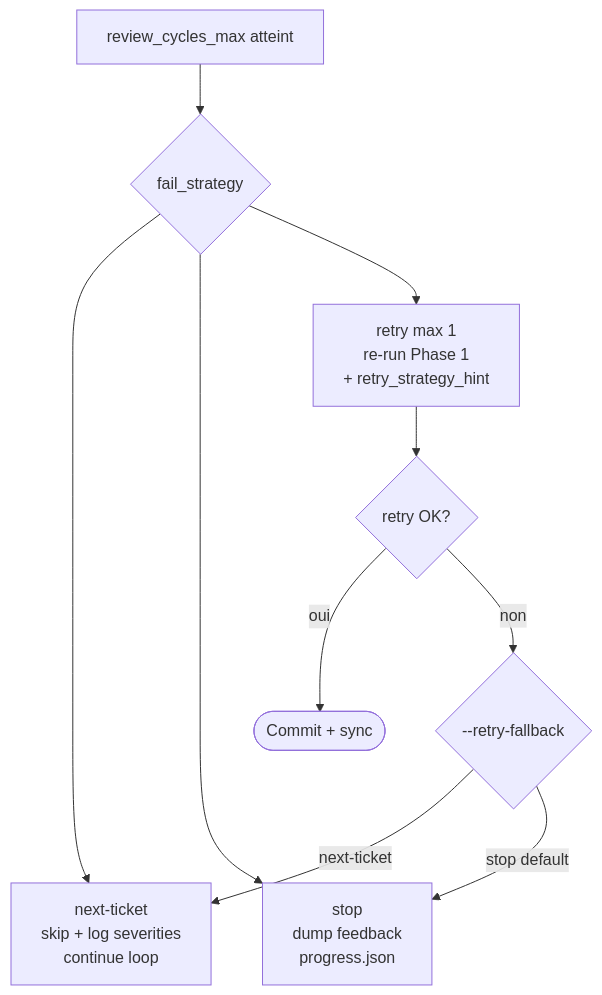
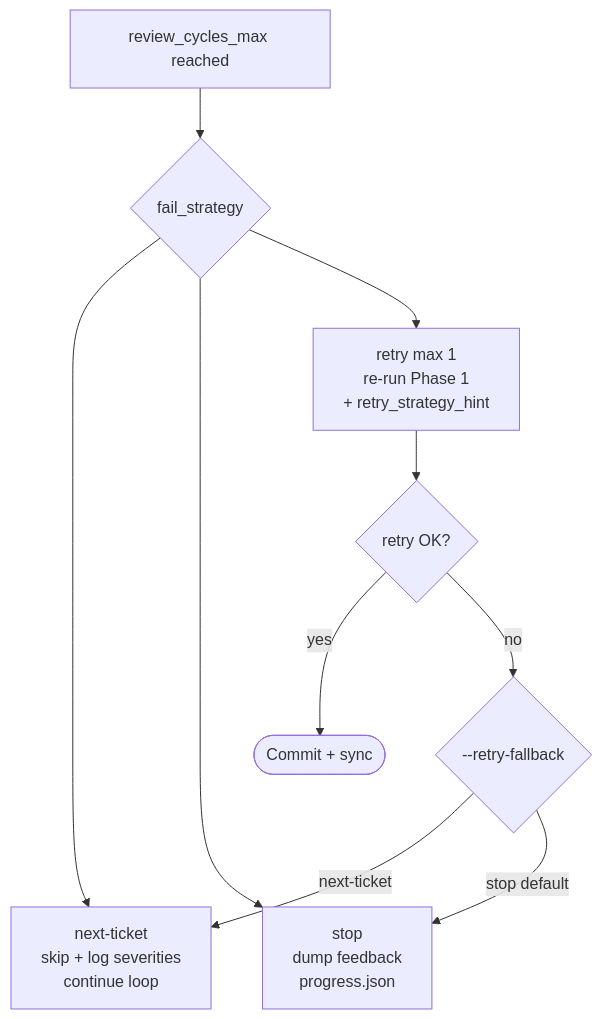
Before and after one commit to BryanBerger98/snapship-plugin: the tenth of 10 diagrams in docs/usage/diagram.md, drawn with Mermaid. The commit also changed other lines of this file and 25 other files, not shown here.

````diff
--- a/docs/usage/diagram.md
+++ b/docs/usage/diagram.md
@@ -211,12 +211,12 @@
 ```mermaid
 flowchart TB
-    MAX[review_cycles_max atteint] --> STRAT{fail_strategy}
+    MAX[review_cycles_max reached] --> STRAT{fail_strategy}
     STRAT --> NT[next-ticket<br/>skip + log severities<br/>continue loop]
     STRAT --> ST[stop<br/>dump feedback<br/>progress.json]
     STRAT --> RT[retry max 1<br/>re-run Phase 1<br/>+ retry_strategy_hint]
     RT --> RTOK{retry OK?}
-    RTOK -->|oui| DONE([Commit + sync])
-    RTOK -->|non| FB{--retry-fallback}
+    RTOK -->|yes| DONE([Commit + sync])
+    RTOK -->|no| FB{--retry-fallback}
     FB -->|next-ticket| NT
     FB -->|stop default| ST
 ```
````
